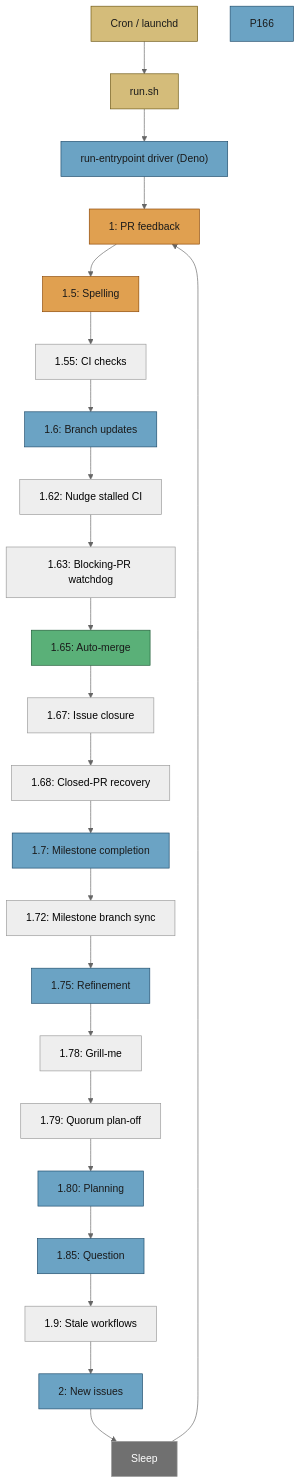
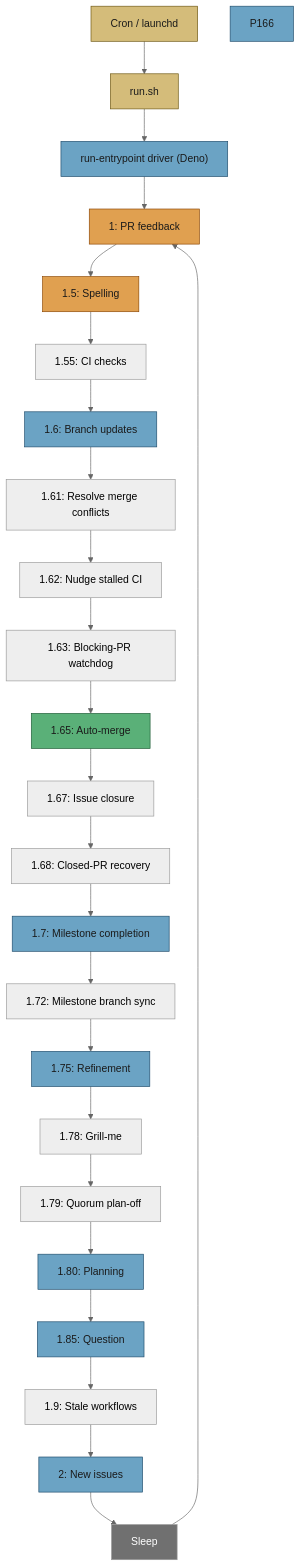
One commit to stSoftwareAU/VibeCoder changed the second of 2 diagrams in docs/workflows/README.md. Above: the diagram before and after it, drawn with Mermaid (neutral theme). The commit also changed other lines of this file and 17 other files, not shown here.

````diff
--- a/docs/workflows/README.md
+++ b/docs/workflows/README.md
@@ -135,39 +137,40 @@
 ```mermaid
 flowchart TD
   Cron["Cron / launchd"] --> Run["run.sh"]
   Run --> Core["run-entrypoint driver (Deno)"]
   Core --> P1["1: PR feedback"]
   P1 --> P15["1.5: Spelling"]
   P15 --> P155["1.55: CI checks"]
   P155 --> P16["1.6: Branch updates"]
-  P16 --> P162["1.62: Nudge stalled CI"]
+  P16 --> P161["1.61: Resolve merge conflicts"]
+  P161 --> P162["1.62: Nudge stalled CI"]
   P162 --> P163["1.63: Blocking-PR watchdog"]
   P163 --> P165["1.65: Auto-merge"]
   P165 --> P167["1.67: Issue closure"]
   P167 --> P168["1.68: Closed-PR recovery"]
   P168 --> P17["1.7: Milestone completion"]
   P17 --> P172["1.72: Milestone branch sync"]
   P172 --> P175["1.75: Refinement"]
   P175 --> P178["1.78: Grill-me"]
   P178 --> P179["1.79: Quorum plan-off"]
   P179 --> P18["1.80: Planning"]
   P18 --> P185["1.85: Question"]
   P185 --> P19["1.9: Stale workflows"]
   P19 --> P2["2: New issues"]
   P2 --> Sleep["Sleep"]
   Sleep --> P1
   style Cron fill:#d4bc7a,stroke:#6b5510,color:#1a1a1a
   style Run fill:#d4bc7a,stroke:#6b5510,color:#1a1a1a
   style Core fill:#6ba3c4,stroke:#1d4a6a,color:#1a1a1a
   style P1 fill:#e0a050,stroke:#8b4500,color:#1a1a1a
   style P15 fill:#e0a050,stroke:#8b4500,color:#1a1a1a
   style P16 fill:#6ba3c4,stroke:#1d4a6a,color:#1a1a1a
   style P165 fill:#5ab078,stroke:#1d5a35,color:#1a1a1a
   style P166 fill:#6ba3c4,stroke:#1d4a6a,color:#1a1a1a
   style P17 fill:#6ba3c4,stroke:#1d4a6a,color:#1a1a1a
   style P175 fill:#6ba3c4,stroke:#1d4a6a,color:#1a1a1a
   style P18 fill:#6ba3c4,stroke:#1d4a6a,color:#1a1a1a
   style P185 fill:#6ba3c4,stroke:#1d4a6a,color:#1a1a1a
   style P2 fill:#6ba3c4,stroke:#1d4a6a,color:#1a1a1a
   style Sleep fill:#707070,stroke:,color:#fff
 ```
````
